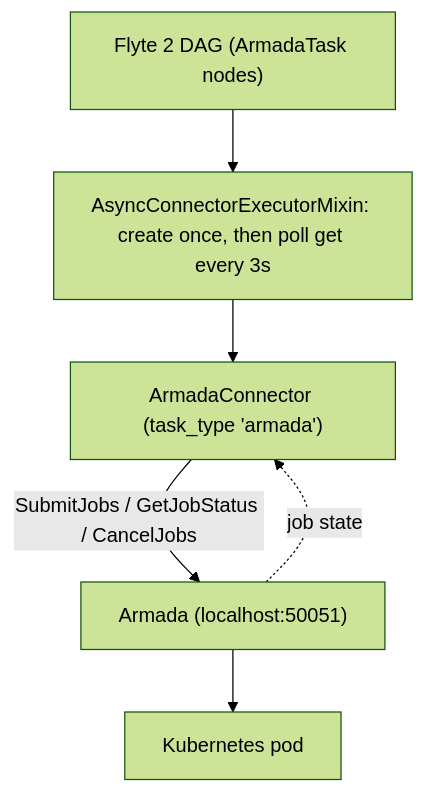
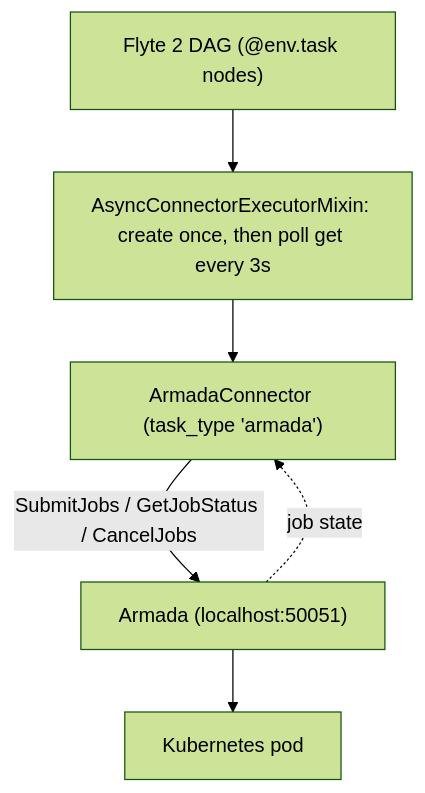
Before and after one commit to dejanzele/armada-flyte: the diagram in docs/architecture.md, drawn with Mermaid (forest theme). The commit also changed other lines of this file and 11 other files, not shown here.

Commit message:
Remove the unused placeholder ArmadaTask path; one clean @env.task surface

````diff
--- a/docs/architecture.md
+++ b/docs/architecture.md
@@ -29,13 +29,13 @@
 ```mermaid
 flowchart TD
-    dag["Flyte 2 DAG (ArmadaTask nodes)"]
+    dag["Flyte 2 DAG (@env.task nodes)"]
     mixin["AsyncConnectorExecutorMixin: create once, then poll get every 3s"]
     conn["ArmadaConnector (task_type 'armada')"]
     armada["Armada (localhost:50051)"]
     pod["Kubernetes pod"]
 
     dag --> mixin --> conn
     conn -- "SubmitJobs / GetJobStatus / CancelJobs" --> armada
     armada --> pod
     armada -. "job state" .-> conn
 ```
````
